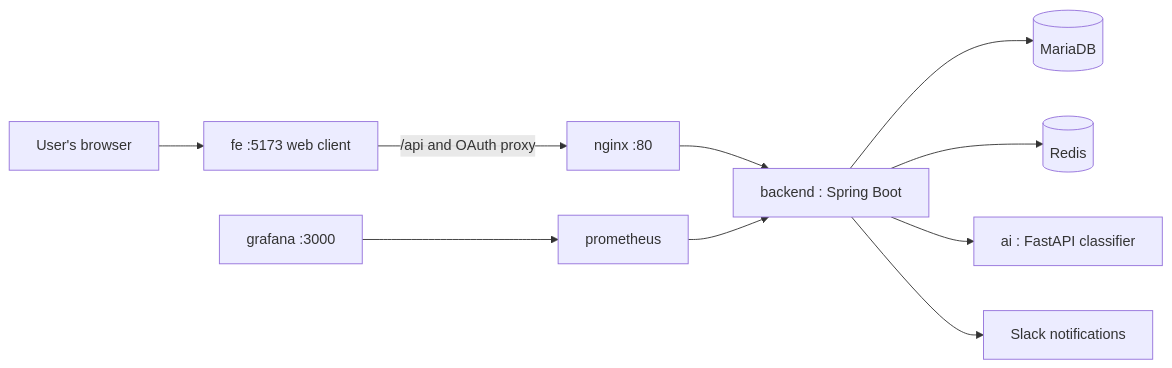
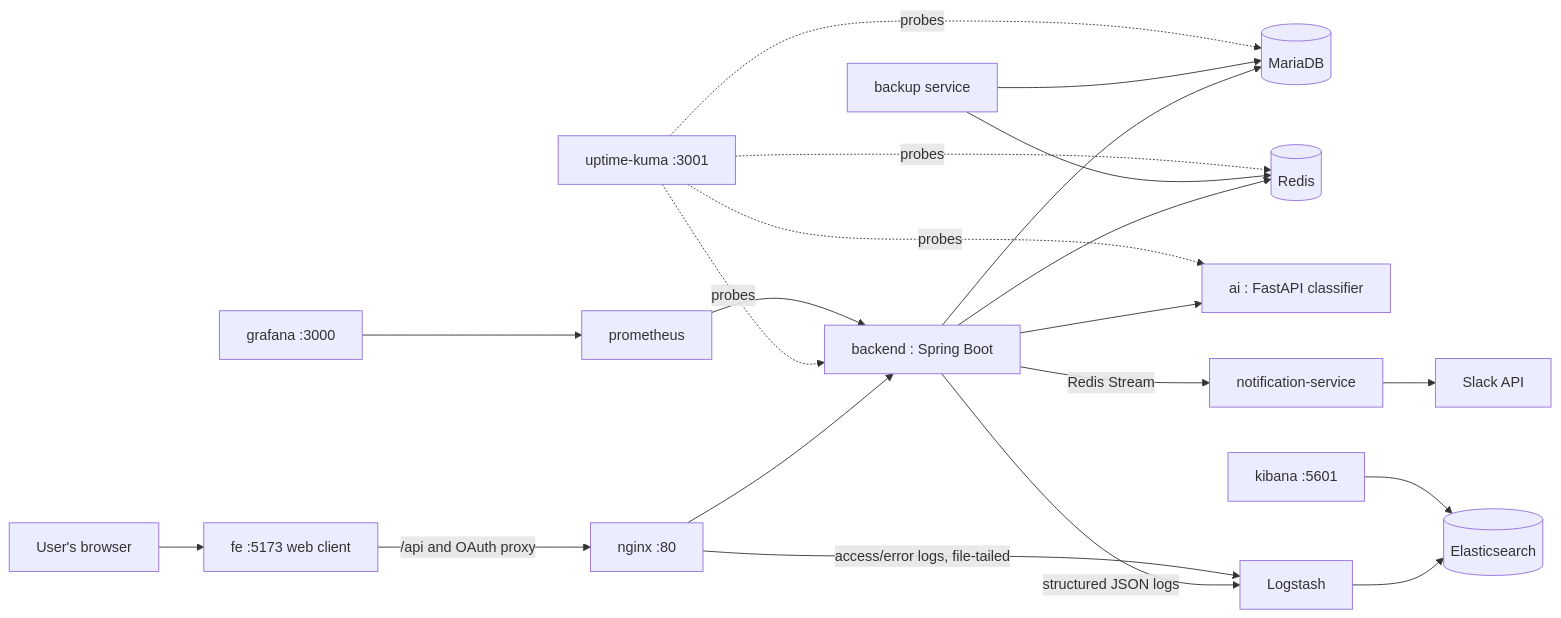
Before and after one commit to farmer0010/ft_transcendence: the first of 2 diagrams in README.md, drawn with Mermaid. The commit also changed other lines of this file and 2 other files, not shown here.

````diff
--- a/README.md
+++ b/README.md
@@ -148,12 +172,23 @@
 ```mermaid
 flowchart LR
     User[User's browser] --> Frontend[fe :5173 web client]
     Frontend -->|/api and OAuth proxy| Nginx[nginx :80]
     Nginx --> Backend[backend : Spring Boot]
     Backend --> MariaDB[(MariaDB)]
     Backend --> Redis[(Redis)]
     Backend --> AI[ai : FastAPI classifier]
-    Backend --> Slack[Slack notifications]
+    Backend -->|Redis Stream| Notification[notification-service]
+    Notification --> Slack[Slack API]
+    Backend -->|structured JSON logs| Logstash
+    Nginx -->|access/error logs, file-tailed| Logstash
+    Logstash --> Elasticsearch[(Elasticsearch)]
+    Kibana[kibana :5601] --> Elasticsearch
+    Backup[backup service] --> MariaDB
+    Backup --> Redis
+    UptimeKuma[uptime-kuma :3001] -. probes .-> Backend
+    UptimeKuma -. probes .-> AI
+    UptimeKuma -. probes .-> MariaDB
+    UptimeKuma -. probes .-> Redis
     Prometheus[prometheus] --> Backend
     Grafana[grafana :3000] --> Prometheus
 ```
````
